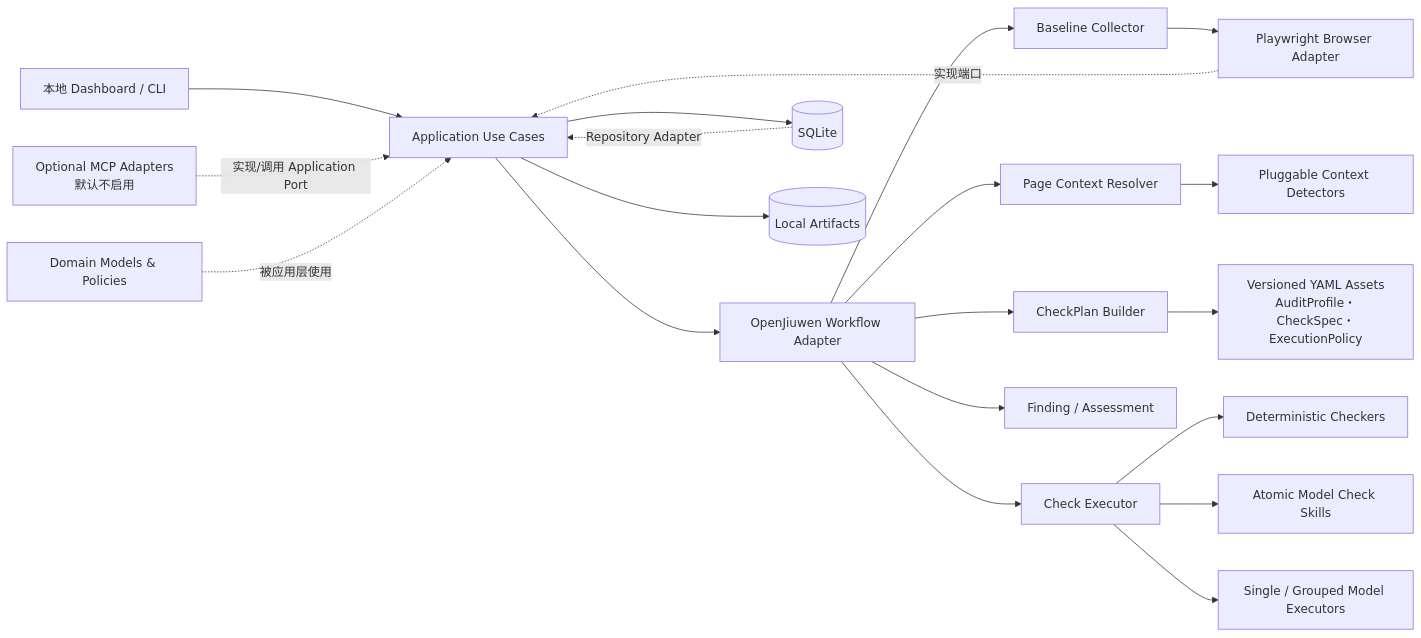
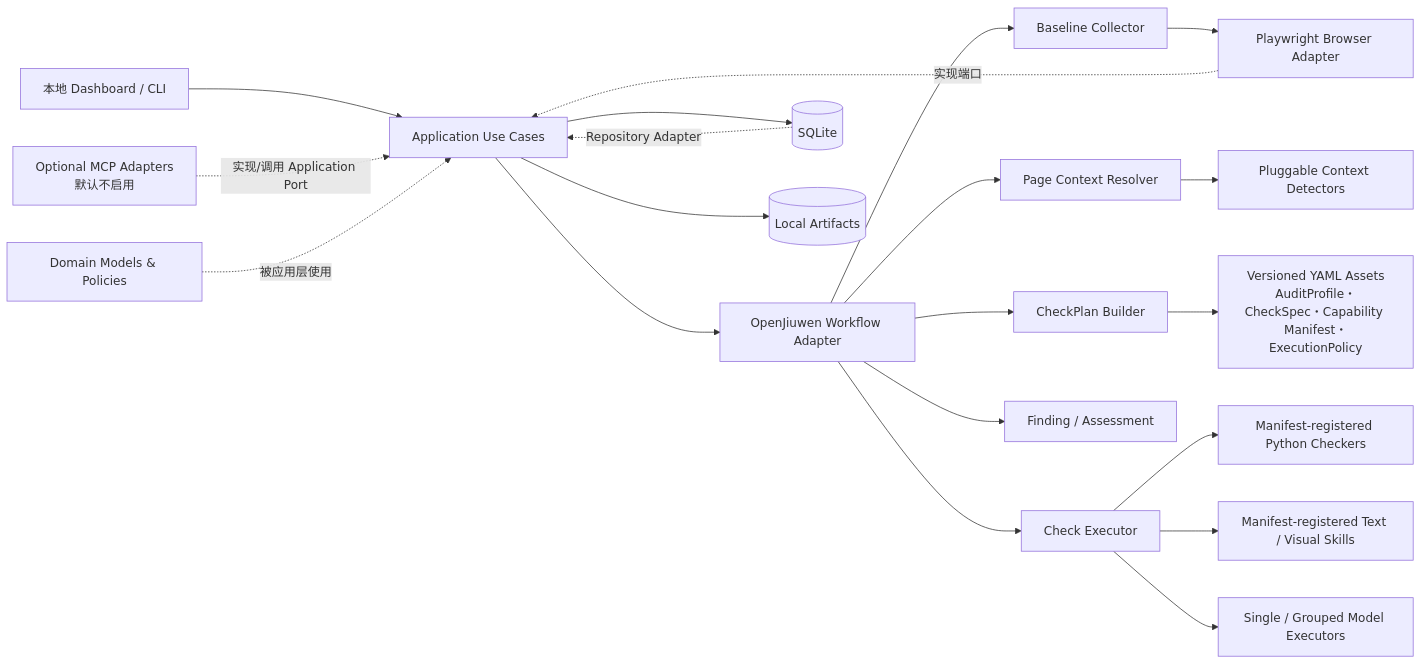
The diagram in docs/0821/local-mvp-detailed-design.md (vi-vi-vi-vi-vivian/MetaPQP), drawn with Mermaid before and after one commit. The commit also changed other lines of this file and 125 other files, not shown here.

Commit message:
feat: add configurable journey and capability audit runtime

````diff
--- a/docs/0821/local-mvp-detailed-design.md
+++ b/docs/0821/local-mvp-detailed-design.md
@@ -47,25 +47,25 @@
 ```mermaid
 flowchart LR
     UI["本地 Dashboard / CLI"] --> App["Application Use Cases"]
     App --> WF["OpenJiuwen Workflow Adapter"]
     WF --> B["Baseline Collector"]
     WF --> C["Page Context Resolver"]
     WF --> P["CheckPlan Builder"]
     WF --> E["Check Executor"]
     WF --> F["Finding / Assessment"]
 
     B --> Browser["Playwright Browser Adapter"]
     C --> Detectors["Pluggable Context Detectors"]
-    P --> Config["Versioned YAML Assets<br/>AuditProfile・CheckSpec・ExecutionPolicy"]
-    E --> Checkers["Deterministic Checkers"]
-    E --> Skills["Atomic Model Check Skills"]
+    P --> Config["Versioned YAML Assets<br/>AuditProfile・CheckSpec・Capability Manifest・ExecutionPolicy"]
+    E --> Checkers["Manifest-registered Python Checkers"]
+    E --> Skills["Manifest-registered Text / Visual Skills"]
     E --> Batch["Single / Grouped Model Executors"]
 
     App --> DB[("SQLite")]
     App --> Files[("Local Artifacts")]
     MCP["Optional MCP Adapters<br/>默认不启用"] -. "实现/调用 Application Port" .-> App
 
     Domain["Domain Models & Policies"] -. "被应用层使用" .-> App
     Browser -. "实现端口" .-> App
     DB -. "Repository Adapter" .-> App
 ```
````
